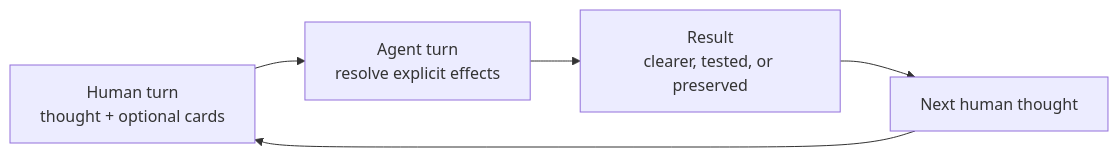
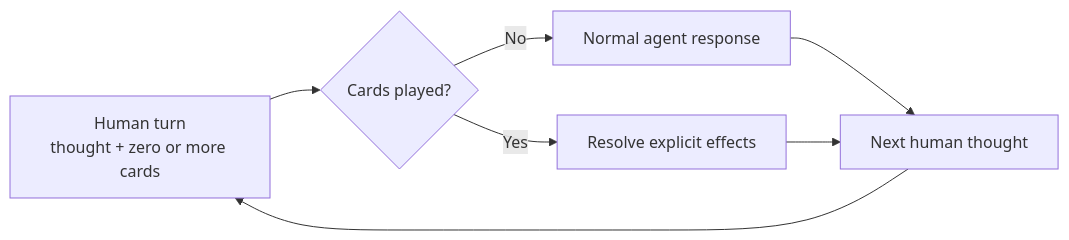
The diagram in README.md (control-decks/think-it-through), drawn with Mermaid before and after one commit. The commit also changed other lines of this file and 19 other files, not shown here.

````diff
--- a/README.md
+++ b/README.md
@@ -46,7 +42,9 @@
 ```mermaid
 flowchart LR
-    H["Human turn<br/>thought + optional cards"] --> A["Agent turn<br/>resolve explicit effects"]
-    A --> R["Result<br/>clearer, tested, or preserved"]
-    R --> N["Next human thought"]
-    N --> H
+    H["Human turn<br/>thought + zero or more cards"] --> C{"Cards played?"}
+    C -->|No| N["Normal agent response"]
+    C -->|Yes| A["Resolve explicit effects"]
+    N --> R["Next human thought"]
+    A --> R
+    R --> H
 ```
````
